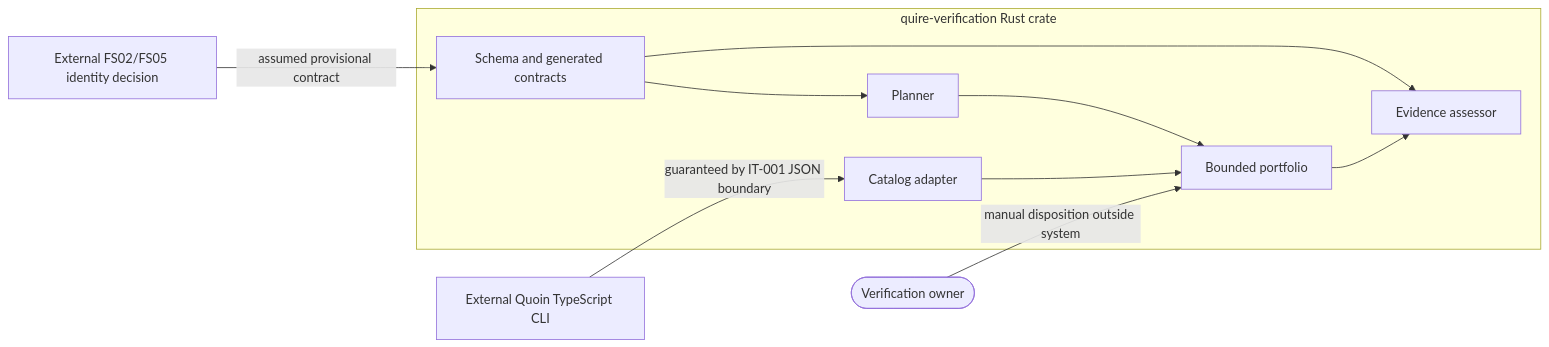
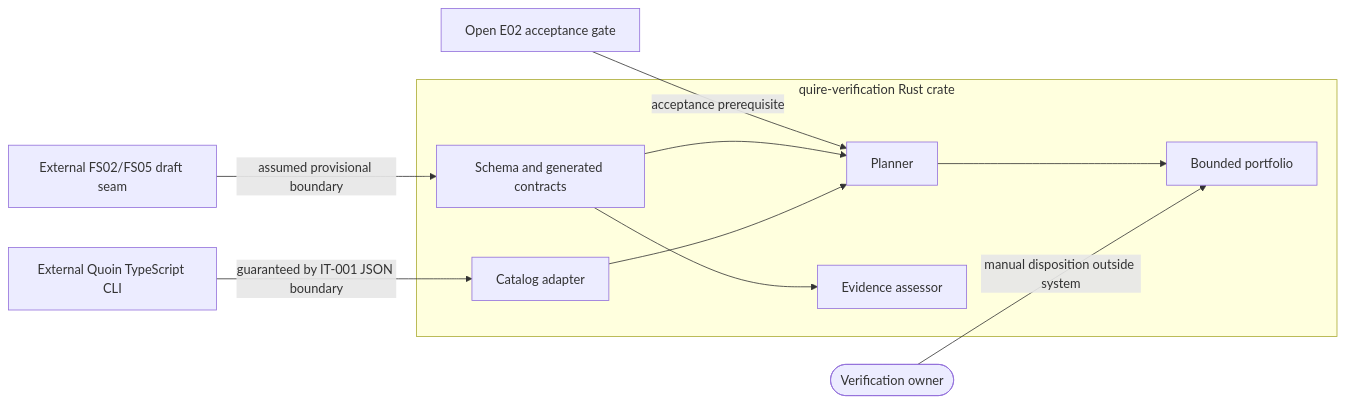
The diagram in spec/reviews/scope-boundary.md (agent-ix/quire-verification), drawn with Mermaid before and after one commit. The commit also changed other lines of this file and 7 other files, not shown here.

````diff
--- a/spec/reviews/scope-boundary.md
+++ b/spec/reviews/scope-boundary.md
@@ -26,20 +27,21 @@
 ```mermaid
 flowchart LR
   owner([Verification owner])
   quoin[External Quoin TypeScript CLI]
-  identity[External FS02/FS05 identity decision]
+  e02[Open E02 acceptance gate]
+  identity[External FS02/FS05 draft seam]
   subgraph rust[quire-verification Rust crate]
     contracts[Schema and generated contracts]
     adapter[Catalog adapter]
     planner[Planner]
     evidence[Evidence assessor]
     portfolio[Bounded portfolio]
   end
   quoin -->|guaranteed by IT-001 JSON boundary| adapter
-  identity -->|assumed provisional contract| contracts
+  e02 -->|acceptance prerequisite| planner
+  identity -->|assumed provisional boundary| contracts
   contracts --> planner --> portfolio
-  adapter --> portfolio
+  adapter --> planner
   contracts --> evidence
-  portfolio --> evidence
   owner -->|manual disposition outside system| portfolio
 ```
````
